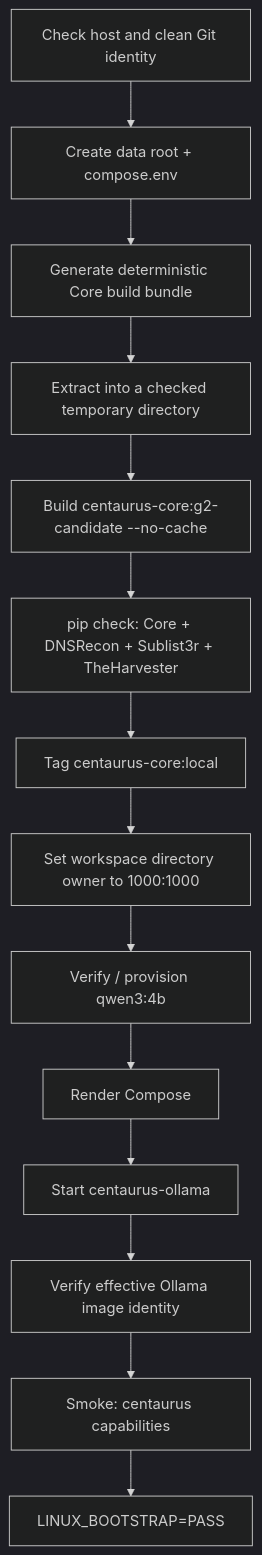
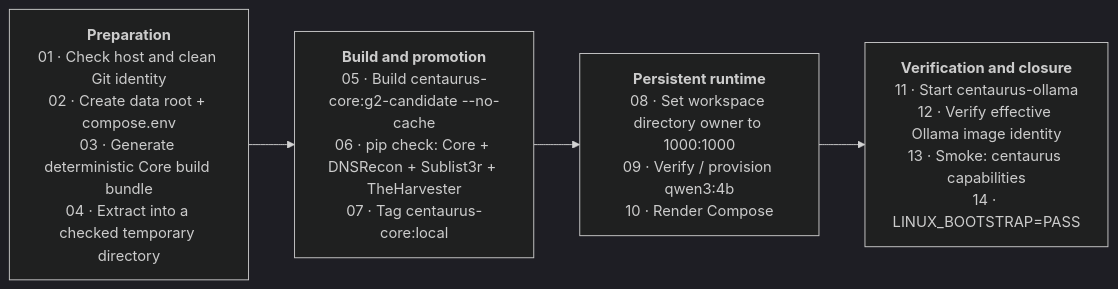
The second of 2 diagrams in docs/DEPLOYMENT_GIT_DOCKER.en.md (M4Rc0s-S3c/centaurus-osint-framework), drawn with Mermaid (dark theme) before and after one commit. The commit also changed other lines of this file and 3 other files, not shown here.

Commit message:
docs: compact architecture and bootstrap diagrams

````diff
--- a/docs/DEPLOYMENT_GIT_DOCKER.en.md
+++ b/docs/DEPLOYMENT_GIT_DOCKER.en.md
@@ -173,18 +173,22 @@
 ```mermaid
-flowchart TD
-    N0["Check host and clean Git identity"]
-    N1["Create data root + compose.env"]
-    N2["Generate deterministic Core build bundle"]
-    N3["Extract into a checked temporary directory"]
-    N4["Build centaurus-core:g2-candidate --no-cache"]
-    N5["pip check: Core + DNSRecon + Sublist3r + TheHarvester"]
-    N6["Tag centaurus-core:local"]
-    N7["Set workspace directory owner to 1000:1000"]
-    N8["Verify / provision qwen3:4b"]
-    N9["Render Compose"]
-    N10["Start centaurus-ollama"]
-    N11["Verify effective Ollama image identity"]
-    N12["Smoke: centaurus capabilities"]
-    N13["LINUX_BOOTSTRAP=PASS"]
-    N0 --> N1 --> N2 --> N3 --> N4 --> N5 --> N6 --> N7 --> N8 --> N9 --> N10 --> N11 --> N12 --> N13
+flowchart LR
+    P0["`**Preparation**
+01 · Check host and clean Git identity
+02 · Create data root + compose.env
+03 · Generate deterministic Core build bundle
+04 · Extract into a checked temporary directory`"]
+    P1["`**Build and promotion**
+05 · Build centaurus-core:g2-candidate --no-cache
+06 · pip check: Core + DNSRecon + Sublist3r + TheHarvester
+07 · Tag centaurus-core:local`"]
+    P2["`**Persistent runtime**
+08 · Set workspace directory owner to 1000:1000
+09 · Verify / provision qwen3:4b
+10 · Render Compose`"]
+    P3["`**Verification and closure**
+11 · Start centaurus-ollama
+12 · Verify effective Ollama image identity
+13 · Smoke: centaurus capabilities
+14 · LINUX_BOOTSTRAP=PASS`"]
+    P0 --> P1 --> P2 --> P3
 ```
````
